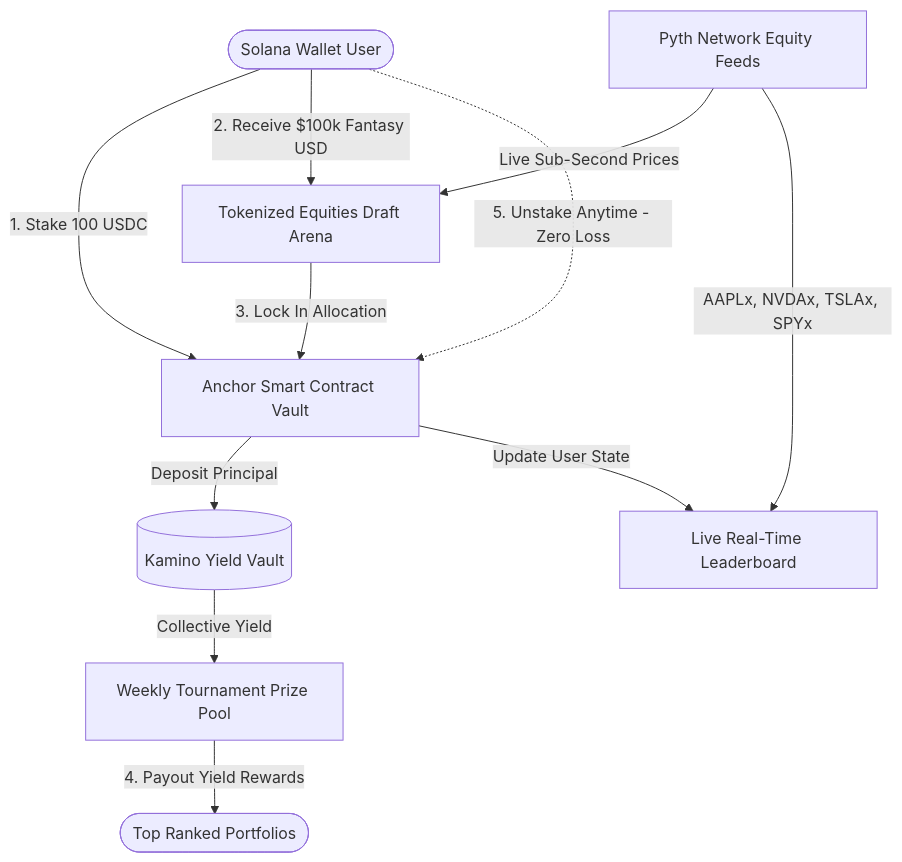
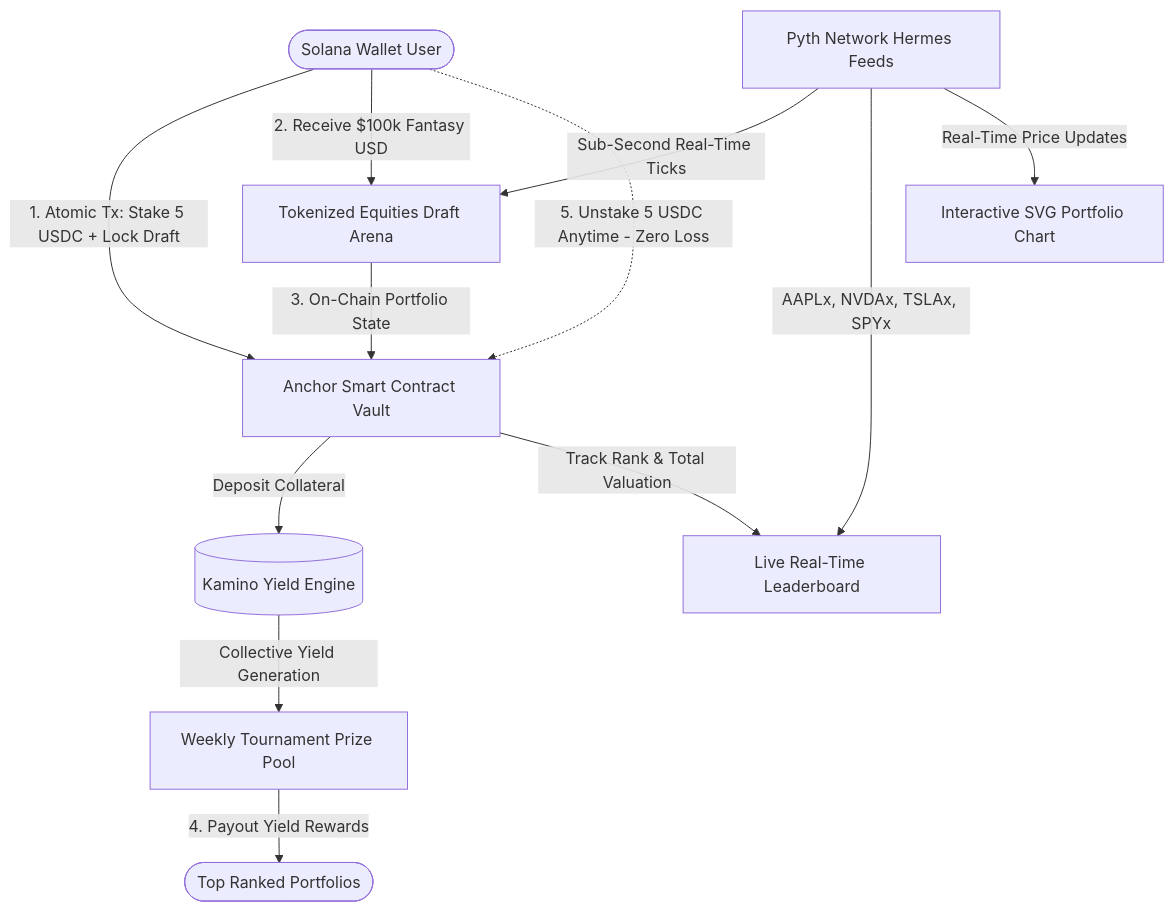
The diagram in README.md (ritesh59697/stocklana-fantasy), drawn with Mermaid before and after one commit. The commit also changed other lines of this file, not shown here.

Commit message:
docs: update README with hackathon pitch, live chart features, atomic transaction architecture, and verified devnet contracts

````diff
--- a/README.md
+++ b/README.md
@@ -29,15 +35,16 @@
 ```mermaid
 flowchart TD
-    User([Solana Wallet User]) -->|1. Stake 100 USDC| AnchorContract[Anchor Smart Contract Vault]
-    AnchorContract -->|Deposit Principal| KaminoVault[(Kamino Yield Vault)]
-    KaminoVault -->|Collective Yield| PrizePool[Weekly Tournament Prize Pool]
+    User([Solana Wallet User]) -->|1. Atomic Tx: Stake 5 USDC + Lock Draft| AnchorContract[Anchor Smart Contract Vault]
+    AnchorContract -->|Deposit Collateral| KaminoVault[(Kamino Yield Engine)]
+    KaminoVault -->|Collective Yield Generation| PrizePool[Weekly Tournament Prize Pool]
     
     User -->|2. Receive $100k Fantasy USD| DraftArena[Tokenized Equities Draft Arena]
-    PythOracle[Pyth Network Equity Feeds] -->|Live Sub-Second Prices| DraftArena
+    PythOracle[Pyth Network Hermes Feeds] -->|Sub-Second Real-Time Ticks| DraftArena
     PythOracle -->|AAPLx, NVDAx, TSLAx, SPYx| LiveLeaderboard[Live Real-Time Leaderboard]
+    PythOracle -->|Real-Time Price Updates| PerformanceChart[Interactive SVG Portfolio Chart]
     
-    DraftArena -->|3. Lock In Allocation| AnchorContract
-    AnchorContract -->|Update User State| LiveLeaderboard
+    DraftArena -->|3. On-Chain Portfolio State| AnchorContract
+    AnchorContract -->|Track Rank & Total Valuation| LiveLeaderboard
     PrizePool -->|4. Payout Yield Rewards| LeaderboardWinners([Top Ranked Portfolios])
-    User -.->|5. Unstake Anytime - Zero Loss| AnchorContract
+    User -.->|5. Unstake 5 USDC Anytime - Zero Loss| AnchorContract
 ```
````
